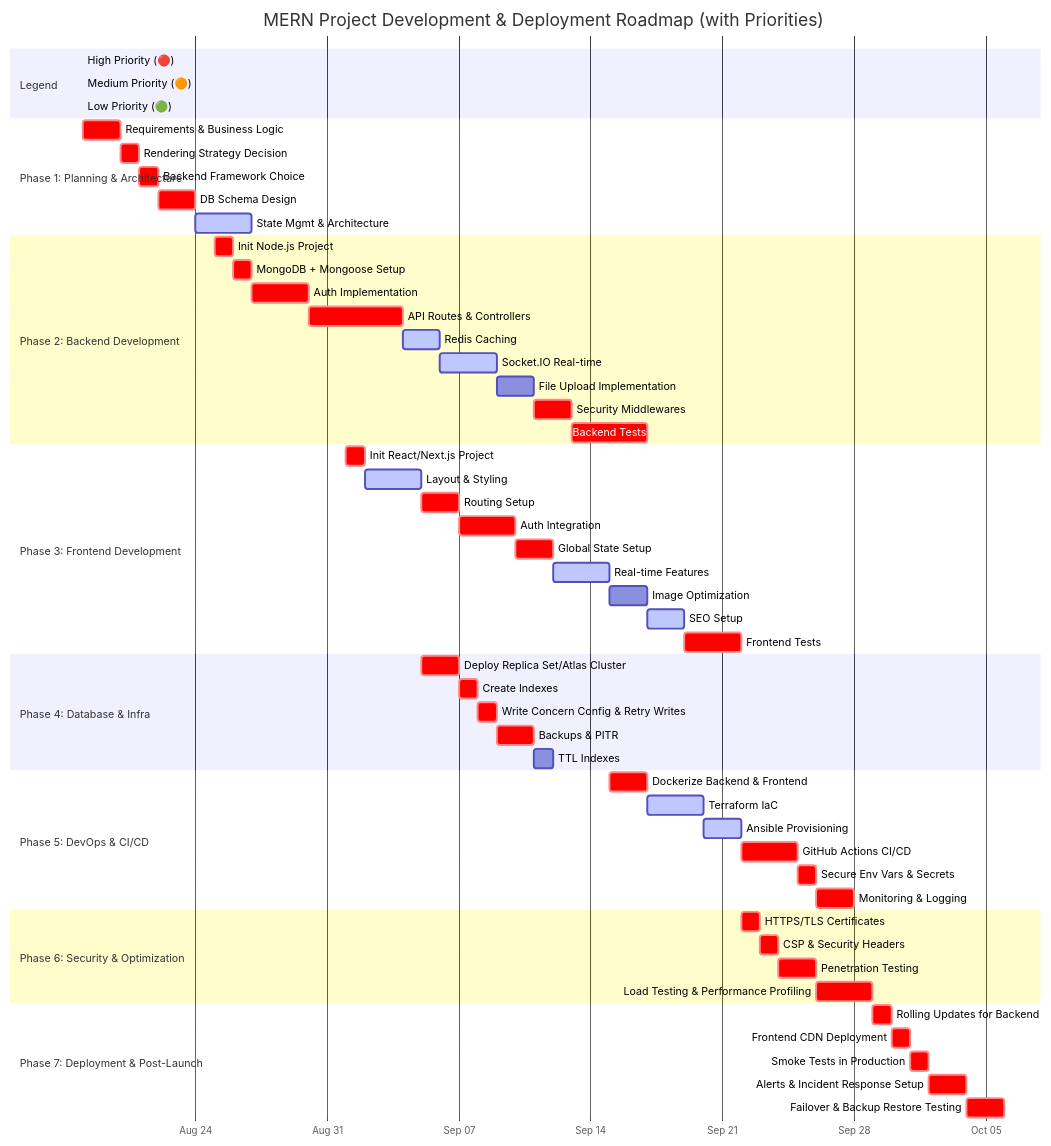
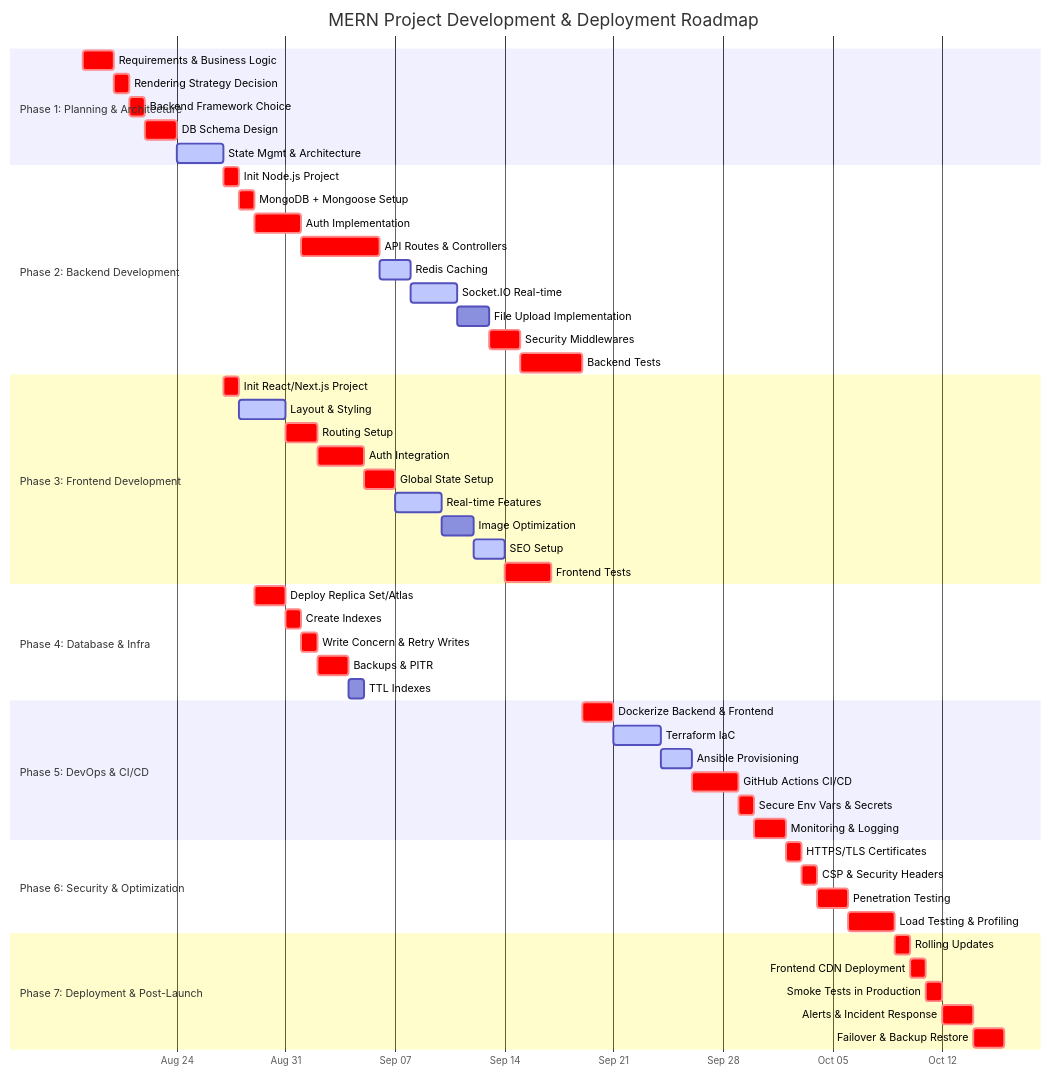
One commit to thanushpraveen/portfolio changed the first of 2 diagrams in PLAN.md. Above: the diagram before and after it, drawn with Mermaid. The commit also changed other lines of this file, not shown here.

````diff
--- a/PLAN.md
+++ b/PLAN.md
@@ -1,70 +93,63 @@
-``` mermaid
+```mermaid
 gantt
-    title MERN Project Development & Deployment Roadmap (with Priorities)
+    title MERN Project Development & Deployment Roadmap
     dateFormat  YYYY-MM-DD
     axisFormat  %b %d
 
-    %% Legend
-    section Legend
-    High Priority (🔴)      :crit, done,    2025-08-18, 0d
-    Medium Priority (🟠)    :active,    2025-08-18, 0d
-    Low Priority (🟢)       :2025-08-18, 0d
-
     section Phase 1: Planning & Architecture
-    Requirements & Business Logic      :crit, p1, 2025-08-18, 2d
-    Rendering Strategy Decision         :crit, p2, after p1, 1d
-    Backend Framework Choice            :crit, p3, after p2, 1d
-    DB Schema Design                    :crit, p4, after p3, 2d
-    State Mgmt & Architecture           :active, p5, after p4, 3d
+    Requirements & Business Logic :crit, p1, 2025-08-18, 2d
+    Rendering Strategy Decision    :crit, p2, after p1, 1d
+    Backend Framework Choice       :crit, p3, after p2, 1d
+    DB Schema Design               :crit, p4, after p3, 2d
+    State Mgmt & Architecture      :active, p5, after p4, 3d
 
     section Phase 2: Backend Development
-    Init Node.js Project                :crit, p6, 2025-08-25, 1d
-    MongoDB + Mongoose Setup            :crit, p7, after p6, 1d
-    Auth Implementation                 :crit, p8, after p7, 3d
-    API Routes & Controllers            :crit, p9, after p8, 5d
-    Redis Caching                       :active, p10, after p9, 2d
-    Socket.IO Real-time                 :active, p11, after p10, 3d
-    File Upload Implementation          :p12, after p11, 2d
-    Security Middlewares                 :crit, p13, after p12, 2d
-    Backend Tests                        :crit, p14, after p13, 4d
+    Init Node.js Project           :crit, p6, after p5, 1d
+    MongoDB + Mongoose Setup       :crit, p7, after p6, 1d
+    Auth Implementation            :crit, p8, after p7, 3d
+    API Routes & Controllers       :crit, p9, after p8, 5d
+    Redis Caching                  :active, p10, after p9, 2d
+    Socket.IO Real-time            :active, p11, after p10, 3d
+    File Upload Implementation     :p12, after p11, 2d
+    Security Middlewares           :crit, p13, after p12, 2d
+    Backend Tests                  :crit, p14, after p13, 4d
 
     section Phase 3: Frontend Development
-    Init React/Next.js Project          :crit, p15, 2025-09-01, 1d
-    Layout & Styling                    :active, p16, after p15, 3d
-    Routing Setup                       :crit, p17, after p16, 2d
-    Auth Integration                    :crit, p18, after p17, 3d
-    Global State Setup                  :crit, p19, after p18, 2d
-    Real-time Features                  :active, p20, after p19, 3d
-    Image Optimization                  :p21, after p20, 2d
-    SEO Setup                           :active, p22, after p21, 2d
-    Frontend Tests                      :crit, p23, after p22, 3d
+    Init React/Next.js Project     :crit, p15, after p5, 1d
+    Layout & Styling               :active, p16, after p15, 3d
+    Routing Setup                  :crit, p17, after p16, 2d
+    Auth Integration               :crit, p18, after p17, 3d
+    Global State Setup             :crit, p19, after p18, 2d
+    Real-time Features             :active, p20, after p19, 3d
+    Image Optimization             :p21, after p20, 2d
+    SEO Setup                      :active, p22, after p21, 2d
+    Frontend Tests                 :crit, p23, after p22, 3d
 
     section Phase 4: Database & Infra
-    Deploy Replica Set/Atlas Cluster    :crit, p24, 2025-09-05, 2d
-    Create Indexes                      :crit, p25, after p24, 1d
-    Write Concern Config & Retry Writes :crit, p26, after p25, 1d
-    Backups & PITR                      :crit, p27, after p26, 2d
-    TTL Indexes                         :p28, after p27, 1d
+    Deploy Replica Set/Atlas       :crit, p24, after p7, 2d
+    Create Indexes                 :crit, p25, after p24, 1d
+    Write Concern & Retry Writes   :crit, p26, after p25, 1d
+    Backups & PITR                  :crit, p27, after p26, 2d
+    TTL Indexes                    :p28, after p27, 1d
 
     section Phase 5: DevOps & CI/CD
-    Dockerize Backend & Frontend        :crit, p29, 2025-09-15, 2d
-    Terraform IaC                       :active, p30, after p29, 3d
-    Ansible Provisioning                :active, p31, after p30, 2d
-    GitHub Actions CI/CD                :crit, p32, after p31, 3d
-    Secure Env Vars & Secrets           :crit, p33, after p32, 1d
-    Monitoring & Logging                :crit, p34, after p33, 2d
+    Dockerize Backend & Frontend   :crit, p29, after p14, 2d
+    Terraform IaC                  :active, p30, after p29, 3d
+    Ansible Provisioning           :active, p31, after p30, 2d
+    GitHub Actions CI/CD           :crit, p32, after p31, 3d
+    Secure Env Vars & Secrets      :crit, p33, after p32, 1d
+    Monitoring & Logging           :crit, p34, after p33, 2d
 
     section Phase 6: Security & Optimization
-    HTTPS/TLS Certificates              :crit, p35, 2025-09-22, 1d
-    CSP & Security Headers              :crit, p36, after p35, 1d
-    Penetration Testing                 :crit, p37, after p36, 2d
-    Load Testing & Performance Profiling:crit, p38, after p37, 3d
+    HTTPS/TLS Certificates         :crit, p35, after p34, 1d
+    CSP & Security Headers         :crit, p36, after p35, 1d
+    Penetration Testing            :crit, p37, after p36, 2d
+    Load Testing & Profiling       :crit, p38, after p37, 3d
 
     section Phase 7: Deployment & Post-Launch
-    Rolling Updates for Backend         :crit, p39, 2025-09-29, 1d
-    Frontend CDN Deployment             :crit, p40, after p39, 1d
-    Smoke Tests in Production           :crit, p41, after p40, 1d
-    Alerts & Incident Response Setup    :crit, p42, after p41, 2d
-    Failover & Backup Restore Testing   :crit, p43, after p42, 2d
-
+    Rolling Updates                :crit, p39, after p38, 1d
+    Frontend CDN Deployment        :crit, p40, after p39, 1d
+    Smoke Tests in Production      :crit, p41, after p40, 1d
+    Alerts & Incident Response     :crit, p42, after p41, 2d
+    Failover & Backup Restore      :crit, p43, after p42, 2d
 ```
````
